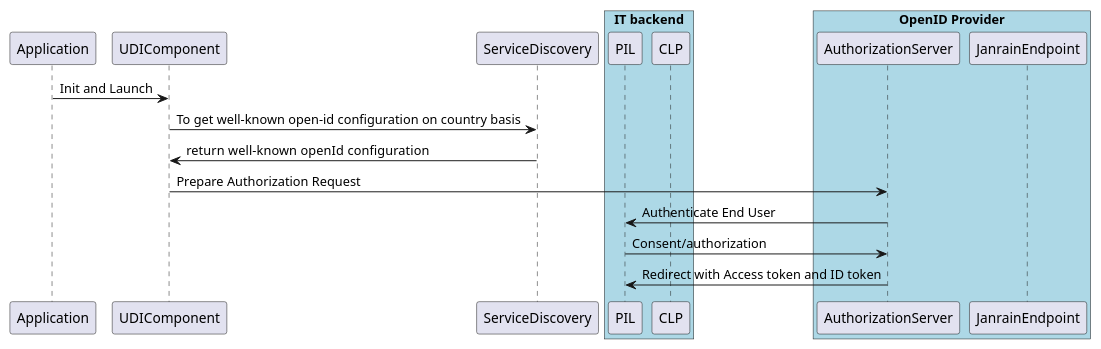
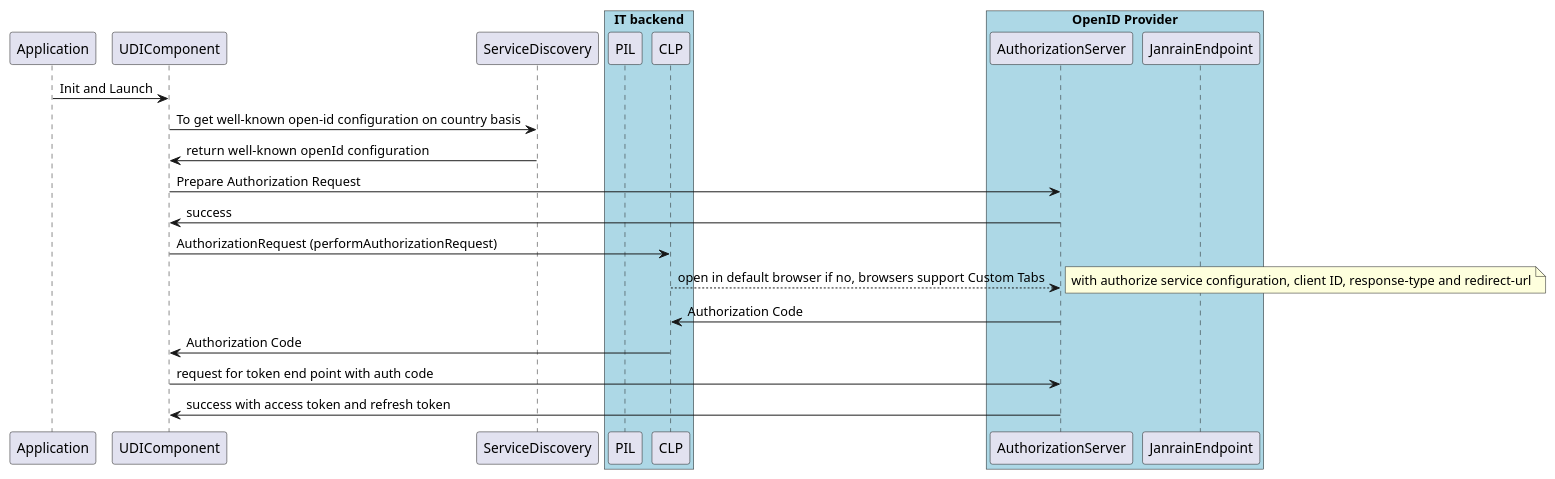
The diagram in Source/usr/Source/DemoApp/app/src/main/java/com/philips/uiddemo/UDI_Initilization.puml (rahul2008/mobile-plf-android), drawn with PlantUML before and after one commit.

Commit message:
Updated Sequence diagram for UDI Component

```diff
--- a/Source/usr/Source/DemoApp/app/src/main/java/com/philips/uiddemo/UDI_Initilization.puml
+++ b/Source/usr/Source/DemoApp/app/src/main/java/com/philips/uiddemo/UDI_Initilization.puml
@@ -1,26 +1,33 @@
 @startuml
 
 Application -> UDIComponent: Init and Launch
 
 UDIComponent -> ServiceDiscovery: To get well-known open-id configuration on country basis
 ServiceDiscovery ->UDIComponent : return well-known openId  configuration
+
 UDIComponent -> AuthorizationServer: Prepare Authorization Request
-'UDIComponent ->AuthorizationServer: Authorization Request
-AuthorizationServer ->PIL:Authenticate End User
-PIL -> AuthorizationServer : Consent/authorization
-AuthorizationServer ->PIL :Redirect with Access token and ID token
+AuthorizationServer ->UDIComponent:success
 
+UDIComponent -> CLP : AuthorizationRequest (performAuthorizationRequest)
+CLP --> AuthorizationServer : open in default browser if no, browsers support Custom Tabs
+note right: with authorize service configuration, client ID, response-type and redirect-url
+
+AuthorizationServer ->CLP :Authorization Code
+CLP ->UDIComponent :Authorization Code
+
+UDIComponent ->AuthorizationServer:request for token end point with auth code
+AuthorizationServer -> UDIComponent: success with access token and refresh token
 
 
 box "IT backend" #LightBlue
 participant PIL
 participant CLP
 end box
 
 
 box "OpenID Provider" #LightBlue
 participant AuthorizationServer
 participant JanrainEndpoint
 end box
 
 @enduml
```
